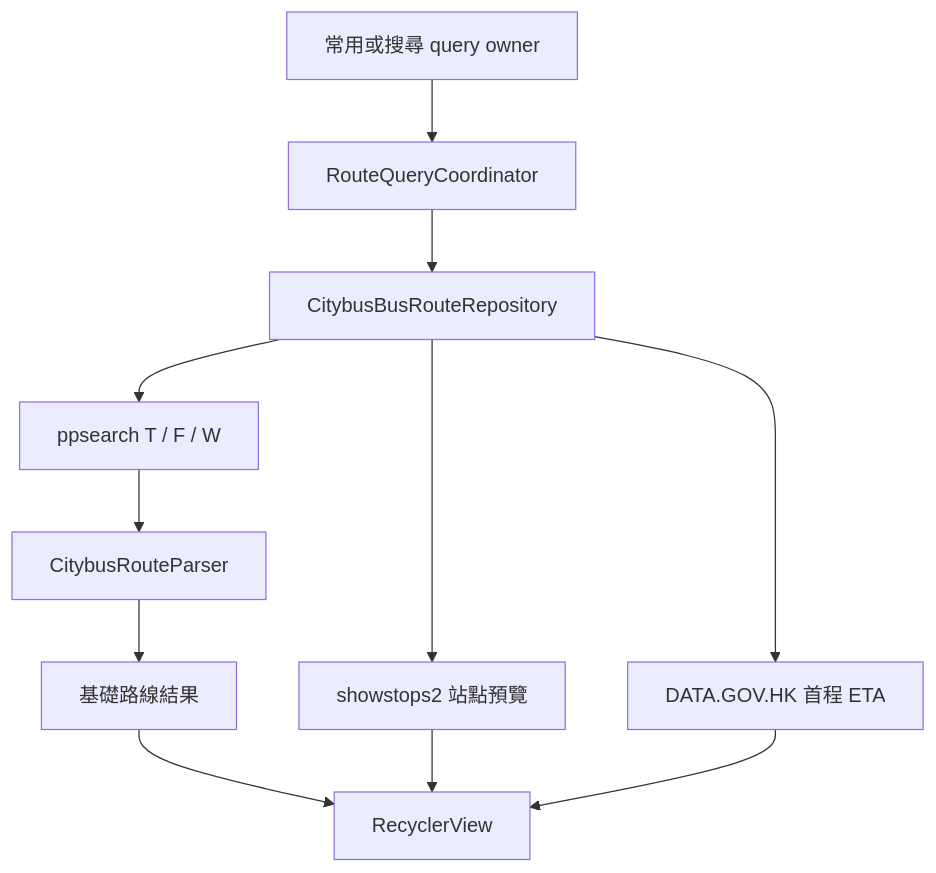
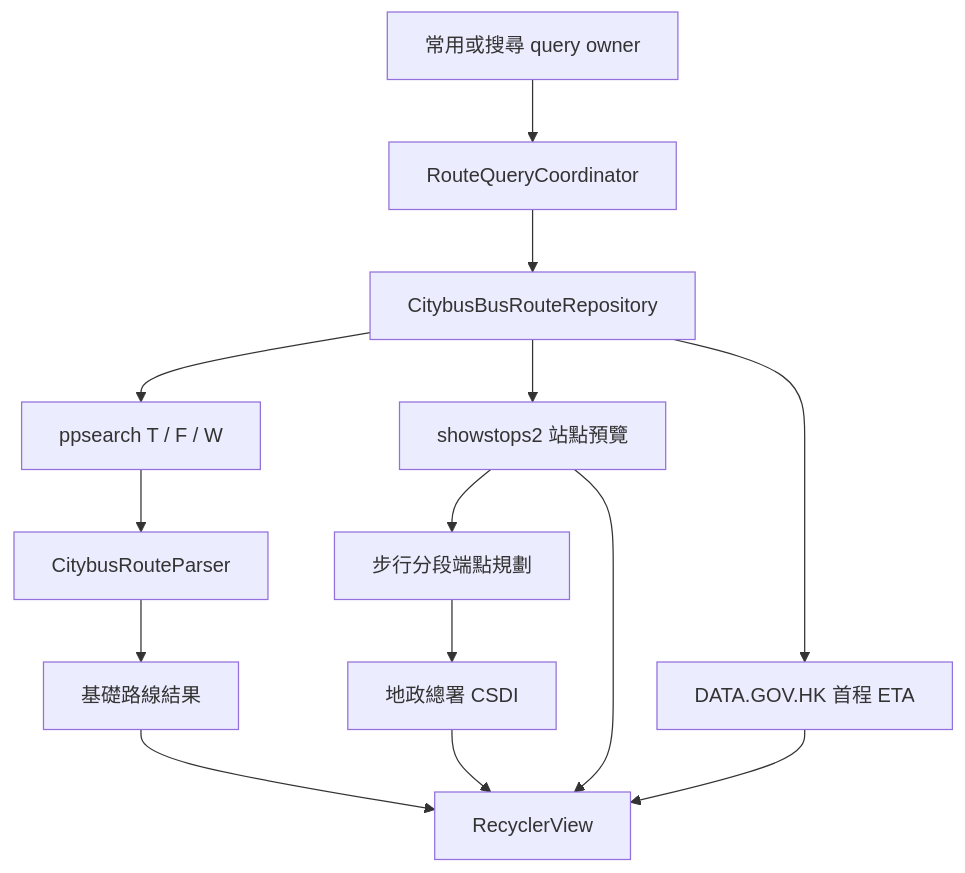
Before and after one commit to TianLanhe/BusIsComing: the first of 2 diagrams in docs/architecture.md, drawn with Mermaid. The commit also changed other lines of this file and 61 other files, not shown here.

````diff
--- a/docs/architecture.md
+++ b/docs/architecture.md
@@ -40,13 +40,16 @@
 ```mermaid
 flowchart TD
     Owner["常用或搜尋 query owner"] --> Coordinator["RouteQueryCoordinator"]
     Coordinator --> Repo["CitybusBusRouteRepository"]
     Repo --> P2P["ppsearch T / F / W"]
     P2P --> Parser["CitybusRouteParser"]
     Parser --> Initial["基礎路線結果"]
     Initial --> UI["RecyclerView"]
     Repo --> StopMap["showstops2 站點預覽"]
     Repo --> ETA["DATA.GOV.HK 首程 ETA"]
+    StopMap --> Planner["步行分段端點規劃"]
+    Planner --> CSDI["地政總署 CSDI"]
     StopMap --> UI
     ETA --> UI
+    CSDI --> UI
 ```
````
